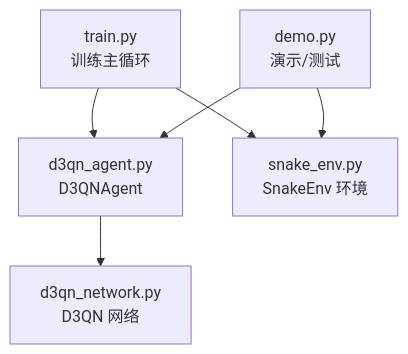
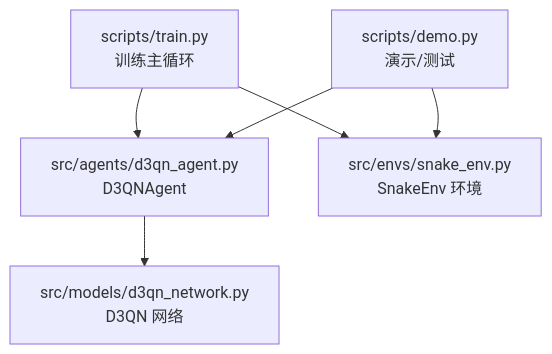
One commit to fuweiq94-cloud/3399180760000 changed the first of 10 diagrams in .qoder/repowiki/zh/content/D3QN算法实现/智能体逻辑实现.md. Above: the diagram before and after it, drawn with Mermaid. The commit also changed other lines of this file and 75 other files, not shown here.

````diff
--- a/.qoder/repowiki/zh/content/D3QN算法实现/智能体逻辑实现.md
+++ b/.qoder/repowiki/zh/content/D3QN算法实现/智能体逻辑实现.md
@@ -45,8 +53,8 @@
 ```mermaid
 graph TB
-A["train.py<br/>训练主循环"] --> B["d3qn_agent.py<br/>D3QNAgent"]
-B --> C["d3qn_network.py<br/>D3QN 网络"]
-A --> D["snake_env.py<br/>SnakeEnv 环境"]
-E["demo.py<br/>演示/测试"] --> B
+A["scripts/train.py<br/>训练主循环"] --> B["src/agents/d3qn_agent.py<br/>D3QNAgent"]
+B --> C["src/models/d3qn_network.py<br/>D3QN 网络"]
+A --> D["src/envs/snake_env.py<br/>SnakeEnv 环境"]
+E["scripts/demo.py<br/>演示/测试"] --> B
 E --> D
 ```
````
